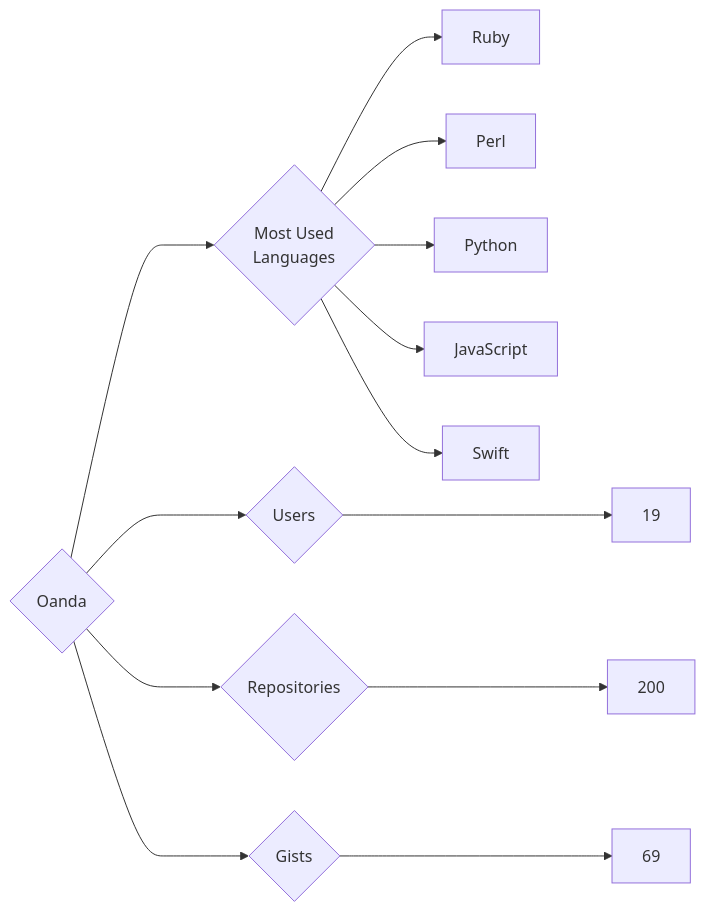
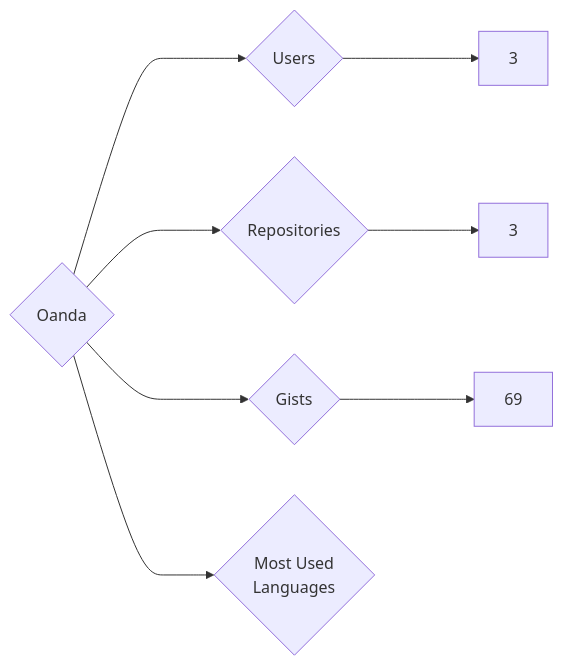
Before and after one commit to trickest/insiders: the diagram in targets/Oanda/README.md, drawn with Mermaid. The commit also changed 815 other files, not shown here.

````diff
--- a/targets/Oanda/README.md
+++ b/targets/Oanda/README.md
@@ -3,13 +3,8 @@
 ```mermaid
 graph LR
 COMPANY_NAME{Oanda}
-COMPANY_NAME ---> U{Users} ---> UN[19]
-COMPANY_NAME ---> R{Repositories} ---> RN[200]
+COMPANY_NAME ---> U{Users} ---> UN[3]
+COMPANY_NAME ---> R{Repositories} ---> RN[3]
 COMPANY_NAME ---> G{Gists} ---> GN[69]
 COMPANY_NAME ---> ML{Most Used<br>Languages}
-ML --> Ruby[Ruby]
-ML --> Perl[Perl]
-ML --> Python[Python]
-ML --> JavaScript[JavaScript]
-ML --> Swift[Swift]
 ```
````
